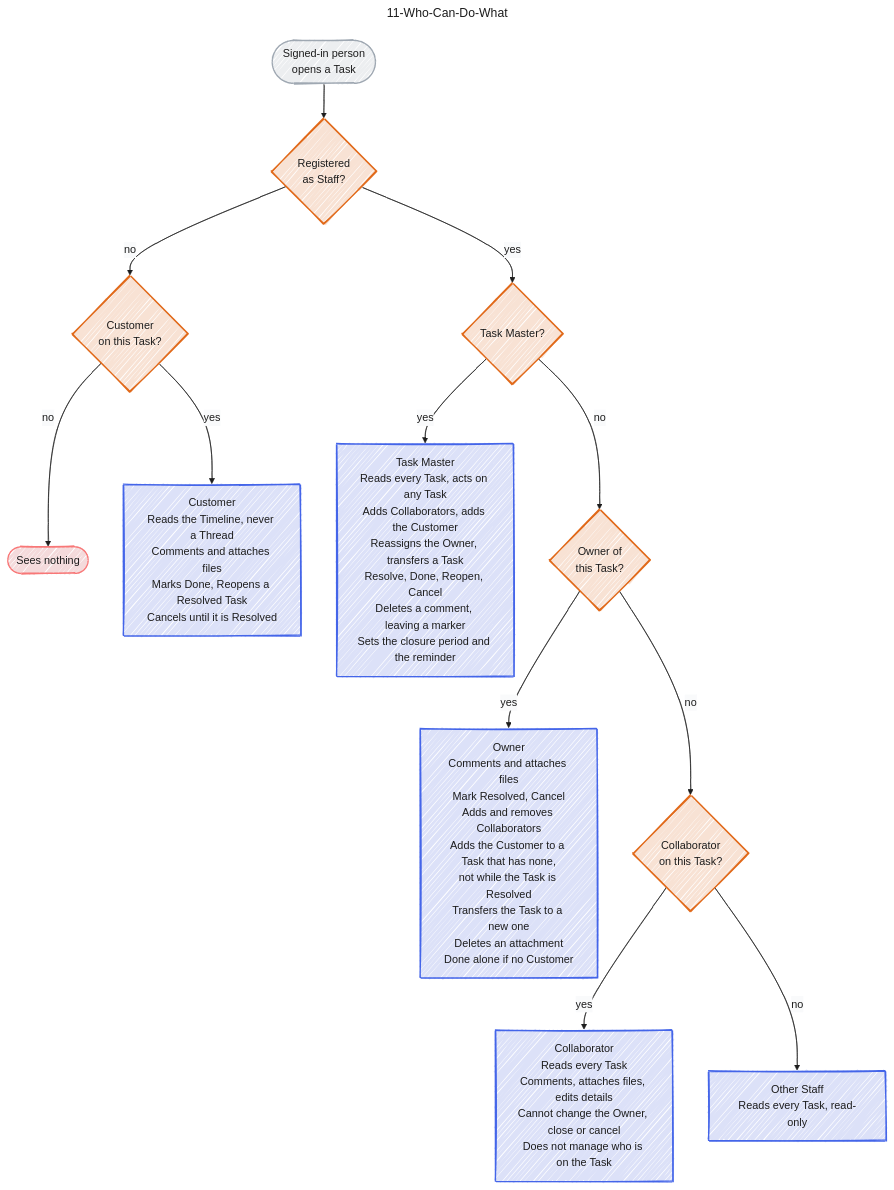
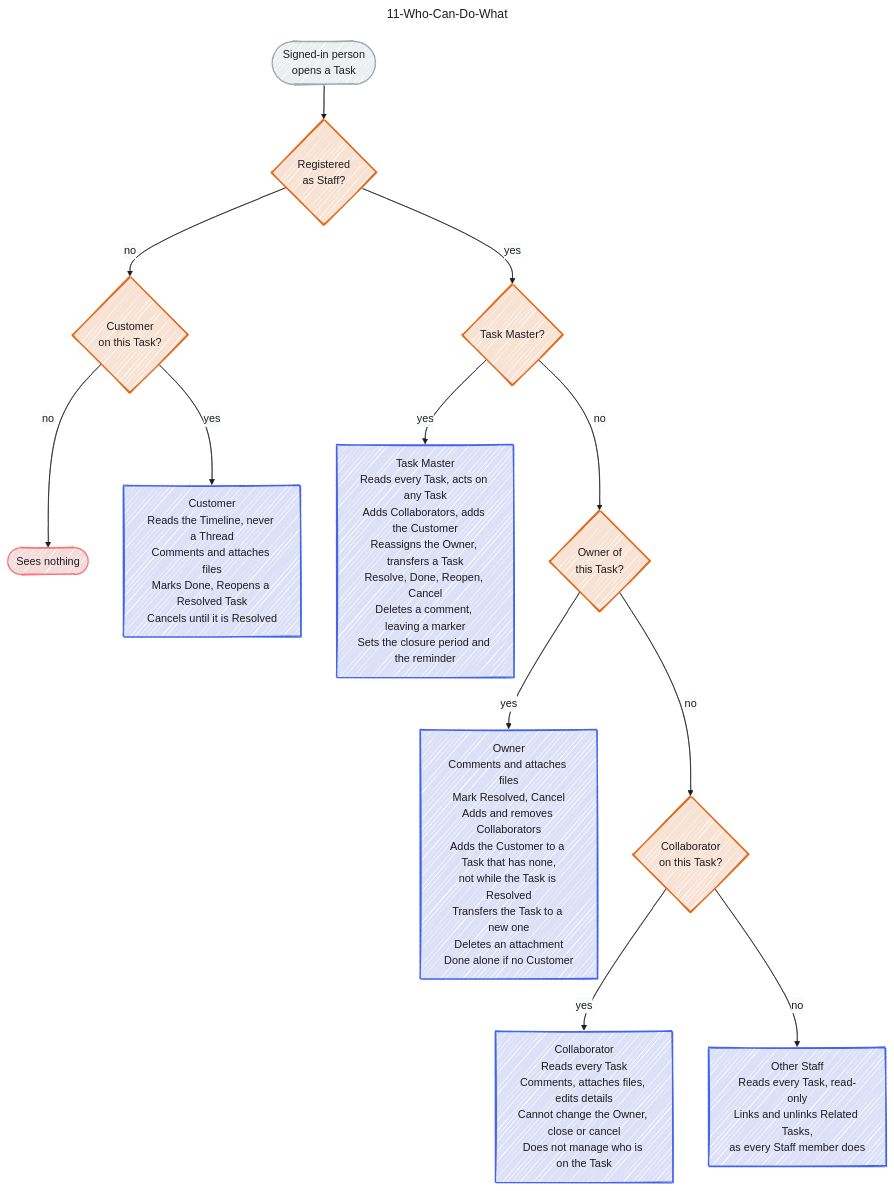
Before and after one commit to jedt3d/tasuku: the diagram in docs/diagram/11-Who-Can-Do-What.md, drawn with Mermaid. The commit also changed other lines of this file and 3 other files, not shown here.

Commit message:
docs: sync the diagrams with Related Tasks (#41)

```diff
--- a/docs/diagram/11-Who-Can-Do-What.md
+++ b/docs/diagram/11-Who-Can-Do-What.md
@@ -89,7 +89,7 @@
   isOwner -->|"yes"| owner["Owner<br/>Comments and attaches files<br/>Mark Resolved, Cancel<br/>Adds and removes Collaborators<br/>Adds the Customer to a Task that has none,<br/>not while the Task is Resolved<br/>Transfers the Task to a new one<br/>Deletes an attachment<br/>Done alone if no Customer"]:::blue
   isOwner -->|"no"| isCollab{"Collaborator<br/>on this Task?"}:::orange
   isCollab -->|"yes"| collab["Collaborator<br/>Reads every Task<br/>Comments, attaches files, edits details<br/>Cannot change the Owner, close or cancel<br/>Does not manage who is on the Task"]:::blue
-  isCollab -->|"no"| reader["Other Staff<br/>Reads every Task, read-only"]:::blue
+  isCollab -->|"no"| reader["Other Staff<br/>Reads every Task, read-only<br/>Links and unlinks Related Tasks,<br/>as every Staff member does"]:::blue
 
   classDef blue    fill:#dce1f8,stroke:#4465e9,stroke-width:2px,color:#1d1d1d
   classDef lblue   fill:#ddeefc,stroke:#4ba1f1,stroke-width:2px,color:#1d1d1d
```
